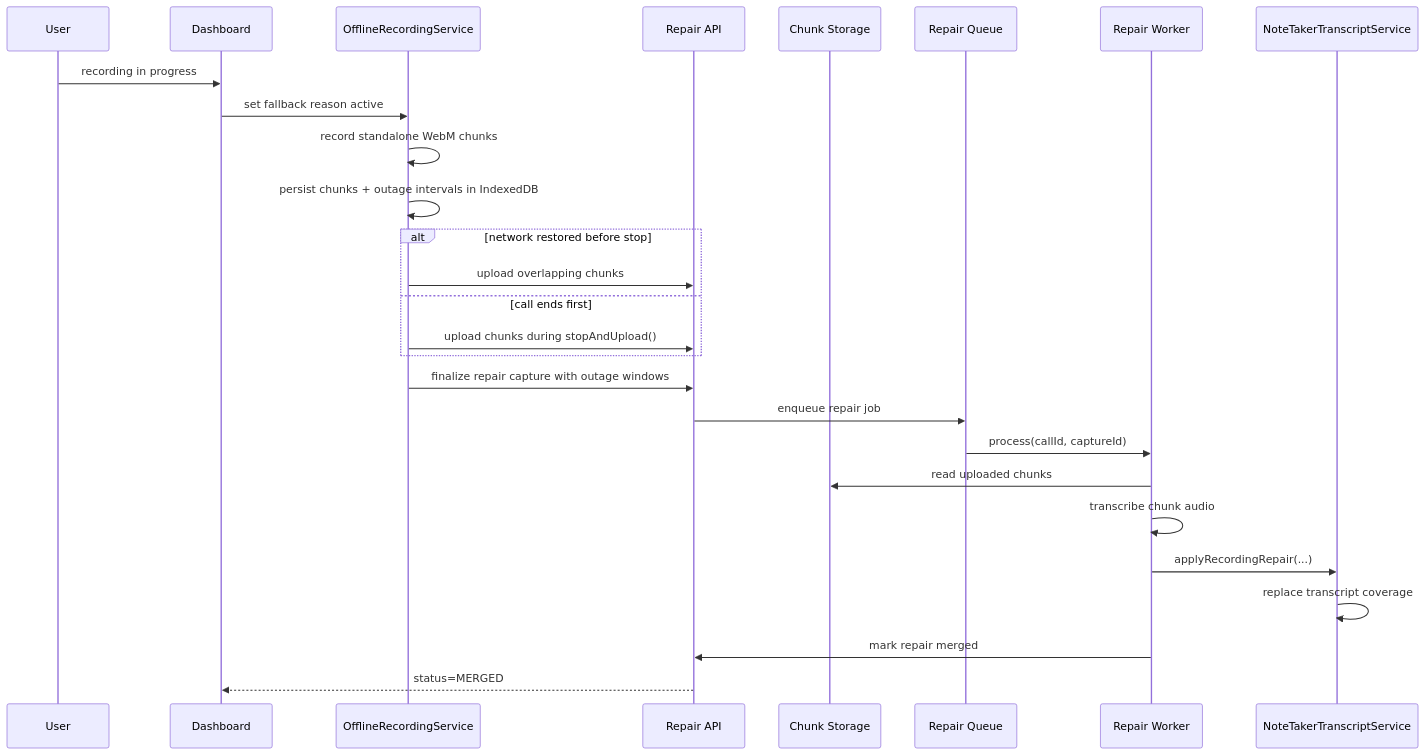
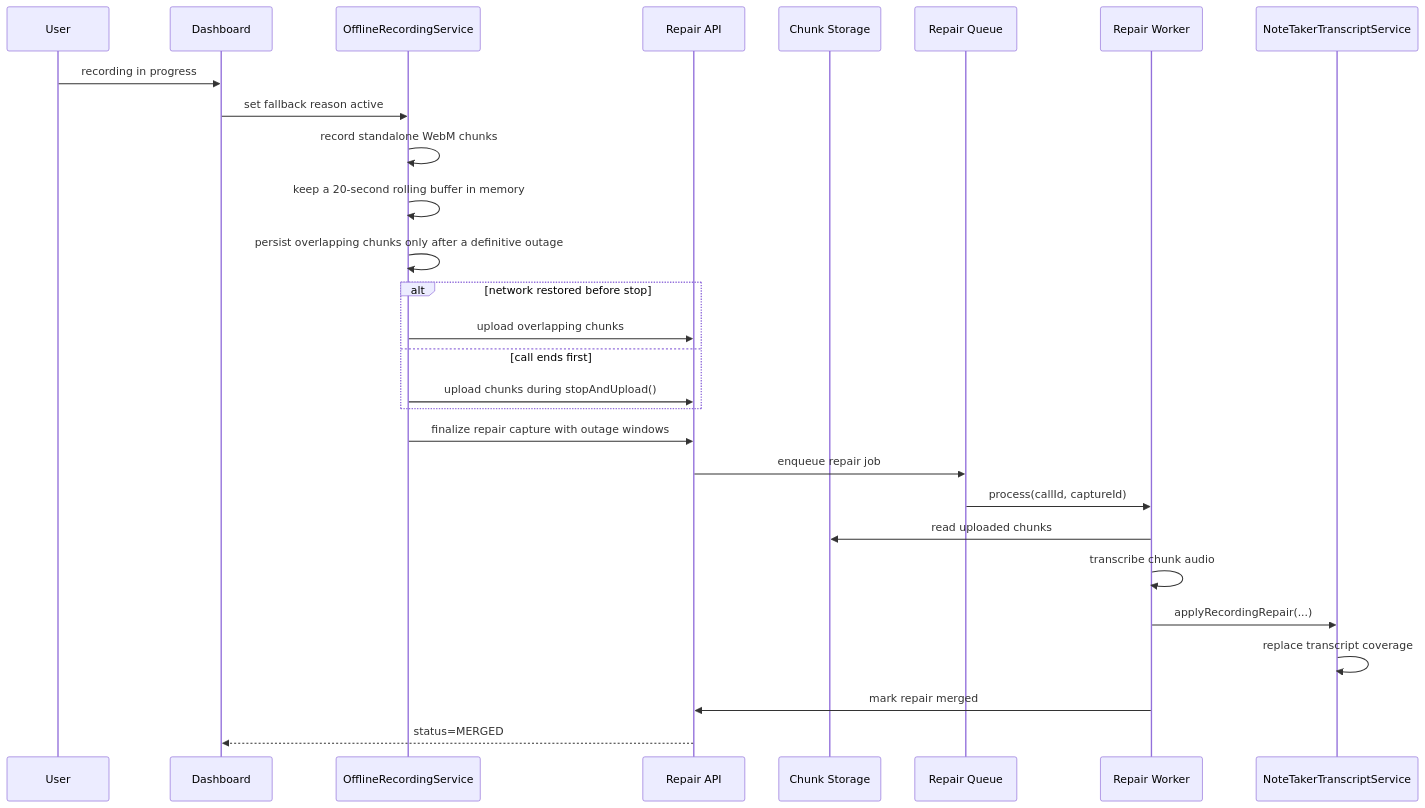
The fourth of 4 diagrams in docs/local-recording-fallback-vs-main.md (juspay/xyne-spaces), drawn with Mermaid before and after one commit. The commit also changed other lines of this file and 22 other files, not shown here.

````diff
--- a/docs/local-recording-fallback-vs-main.md
+++ b/docs/local-recording-fallback-vs-main.md
@@ -123,32 +123,33 @@
 ```mermaid
 sequenceDiagram
     participant User
     participant Dash as Dashboard
     participant Local as OfflineRecordingService
     participant API as Repair API
     participant Store as Chunk Storage
     participant Queue as Repair Queue
     participant Worker as Repair Worker
     participant Transcript as NoteTakerTranscriptService
 
     User->>Dash: recording in progress
     Dash->>Local: set fallback reason active
     Local->>Local: record standalone WebM chunks
-    Local->>Local: persist chunks + outage intervals in IndexedDB
+    Local->>Local: keep a 20-second rolling buffer in memory
+    Local->>Local: persist overlapping chunks only after a definitive outage
 
     alt network restored before stop
         Local->>API: upload overlapping chunks
     else call ends first
         Local->>API: upload chunks during stopAndUpload()
     end
 
     Local->>API: finalize repair capture with outage windows
     API->>Queue: enqueue repair job
     Queue->>Worker: process(callId, captureId)
     Worker->>Store: read uploaded chunks
     Worker->>Worker: transcribe chunk audio
     Worker->>Transcript: applyRecordingRepair(...)
     Transcript->>Transcript: replace transcript coverage
     Worker->>API: mark repair merged
     API-->>Dash: status=MERGED
 ```
````
